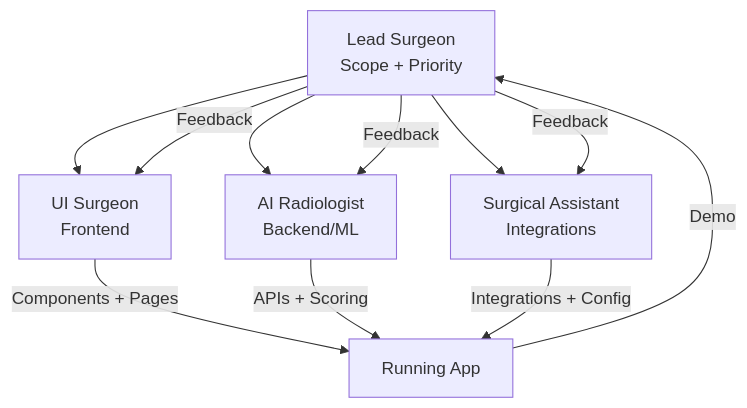
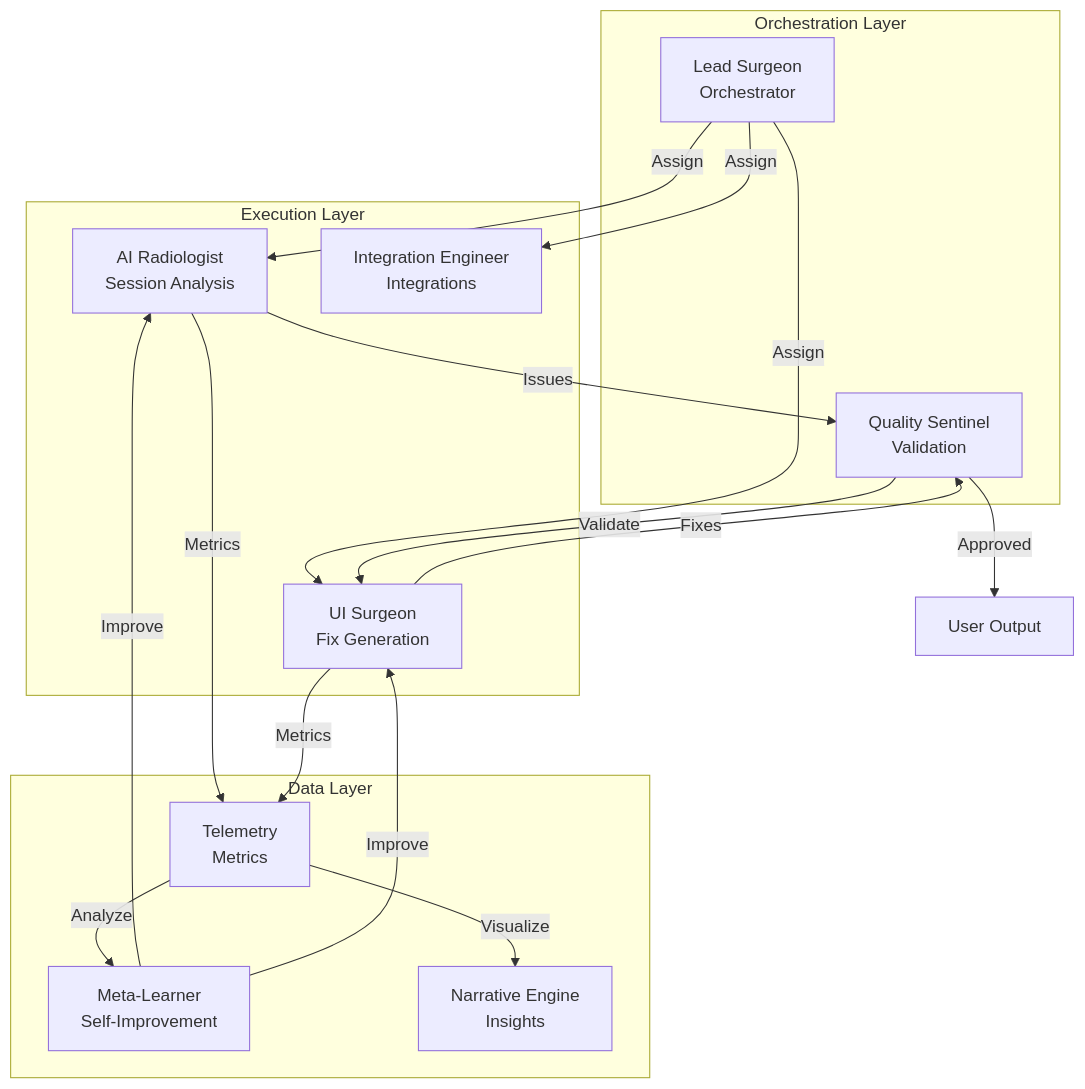
The diagram in AGENTS_ROLES.md (KumailQazi/UI-UX_Doctor), drawn with Mermaid before and after one commit. The commit also changed other lines of this file and 1 other file, not shown here.

First line of the commit message:
docs: update documentation and gitignore for 7-agent architecture

````diff
--- a/AGENTS_ROLES.md
+++ b/AGENTS_ROLES.md
@@ -198,15 +389,34 @@
 ```mermaid
 flowchart TD
-    LS[Lead Surgeon<br/>Scope + Priority] --> US[UI Surgeon<br/>Frontend]
-    LS --> AR[AI Radiologist<br/>Backend/ML]
-    LS --> SA[Surgical Assistant<br/>Integrations]
+    subgraph ORCH["Orchestration Layer"]
+        LS[Lead Surgeon<br/>Orchestrator]
+        QS[Quality Sentinel<br/>Validation]
+    end
 
-    US --> |Components + Pages| APP[Running App]
-    AR --> |APIs + Scoring| APP
-    SA --> |Integrations + Config| APP
+    subgraph EXEC["Execution Layer"]
+        AR[AI Radiologist<br/>Session Analysis]
+        US[UI Surgeon<br/>Fix Generation]
+        IE[Integration Engineer<br/>Integrations]
+    end
 
-    APP --> |Demo| LS
-    LS --> |Feedback| US
-    LS --> |Feedback| AR
-    LS --> |Feedback| SA
+    subgraph DATA["Data Layer"]
+        ML[Meta-Learner<br/>Self-Improvement]
+        TE[Telemetry<br/>Metrics]
+        NE[Narrative Engine<br/>Insights]
+    end
+
+    LS --> |Assign| AR
+    LS --> |Assign| US
+    LS --> |Assign| IE
+    QS --> |Validate| US
+    AR --> |Issues| QS
+    US --> |Fixes| QS
+    QS --> |Approved| APP[User Output]
+
+    AR --> |Metrics| TE
+    US --> |Metrics| TE
+    TE --> |Analyze| ML
+    TE --> |Visualize| NE
+    ML --> |Improve| AR
+    ML --> |Improve| US
 ```
````
